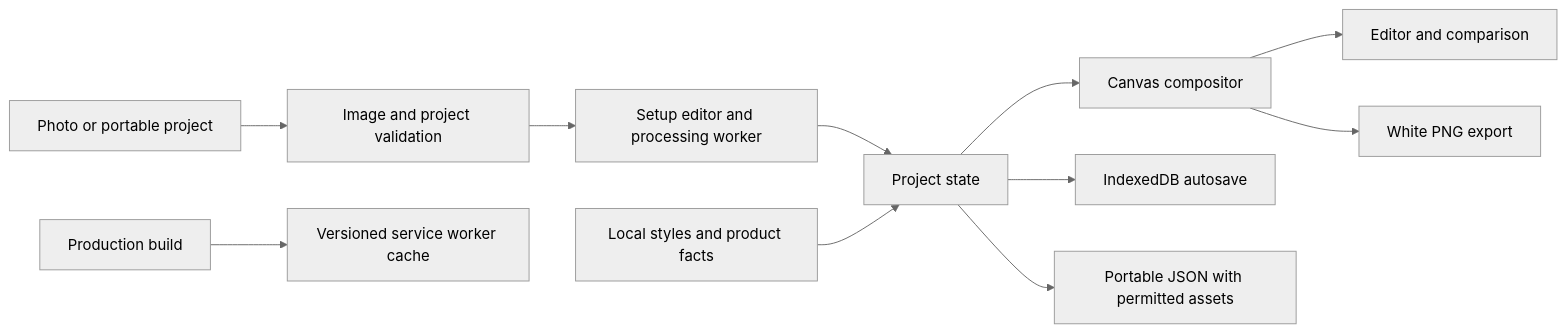
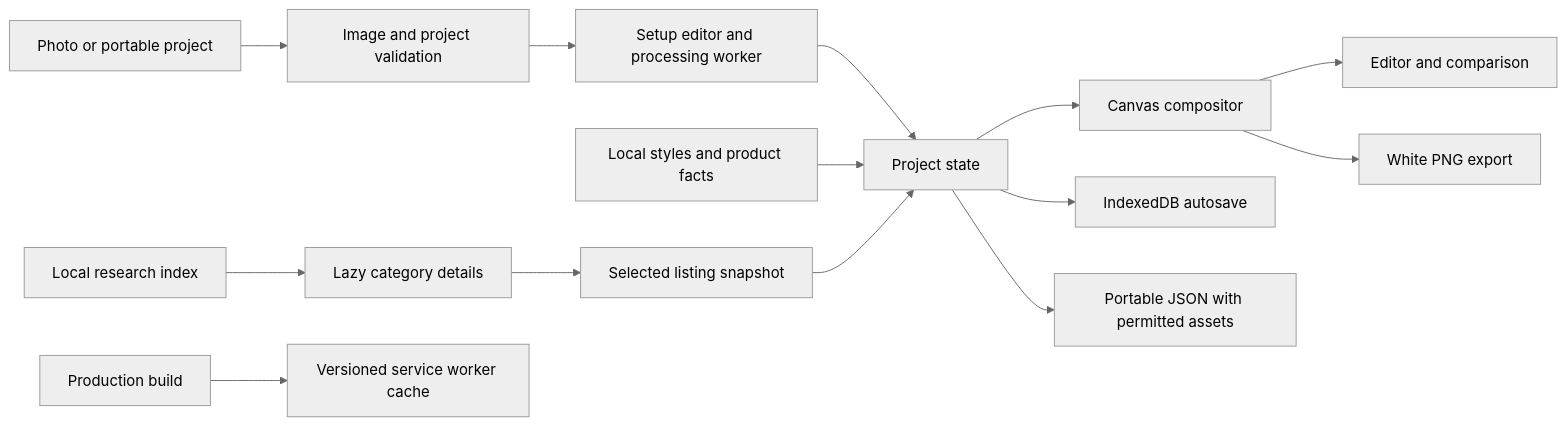
The diagram in docs/ARCHITECTURE.md (nishdel/BikeStyler), drawn with Mermaid (neutral theme) before and after one commit. The commit also changed other lines of this file and 104 other files, not shown here.

````diff
--- a/docs/ARCHITECTURE.md
+++ b/docs/ARCHITECTURE.md
@@ -5,13 +5,16 @@
 ```mermaid
 flowchart LR
   Photo[Photo or portable project] --> Validation[Image and project validation]
   Validation --> Setup[Setup editor and processing worker]
   Setup --> Project[Project state]
   Catalogue[Local styles and product facts] --> Project
+  Research[Local research index] --> Details[Lazy category details]
+  Details --> Selection[Selected listing snapshot]
+  Selection --> Project
   Project --> Canvas[Canvas compositor]
   Canvas --> Preview[Editor and comparison]
   Canvas --> PNG[White PNG export]
   Project --> Storage[IndexedDB autosave]
   Project --> Portable[Portable JSON with permitted assets]
   Build[Production build] --> Cache[Versioned service worker cache]
 ```
````
